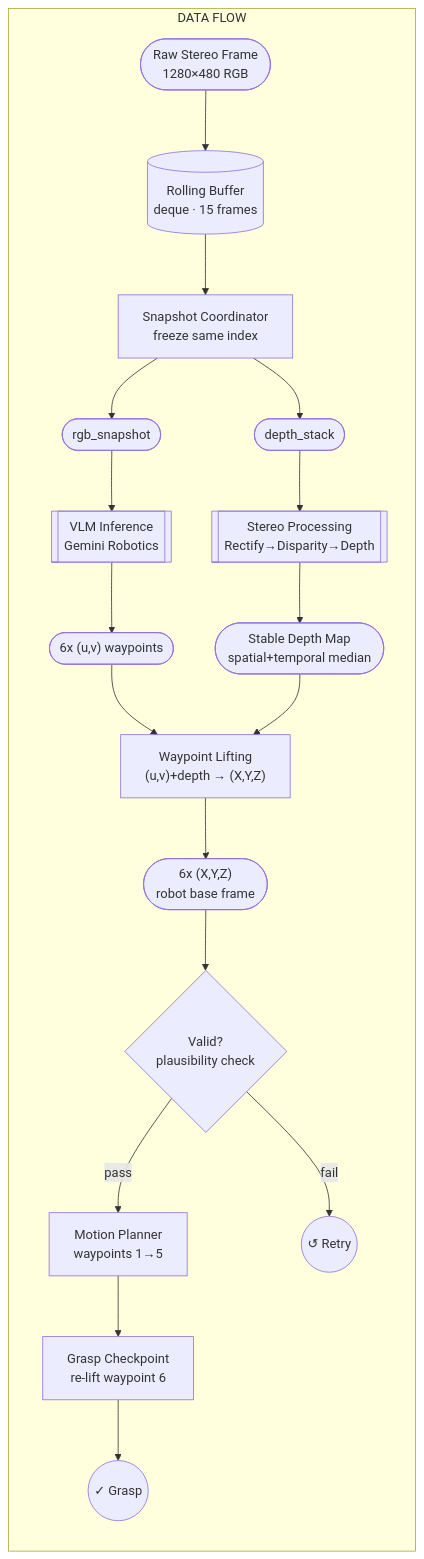
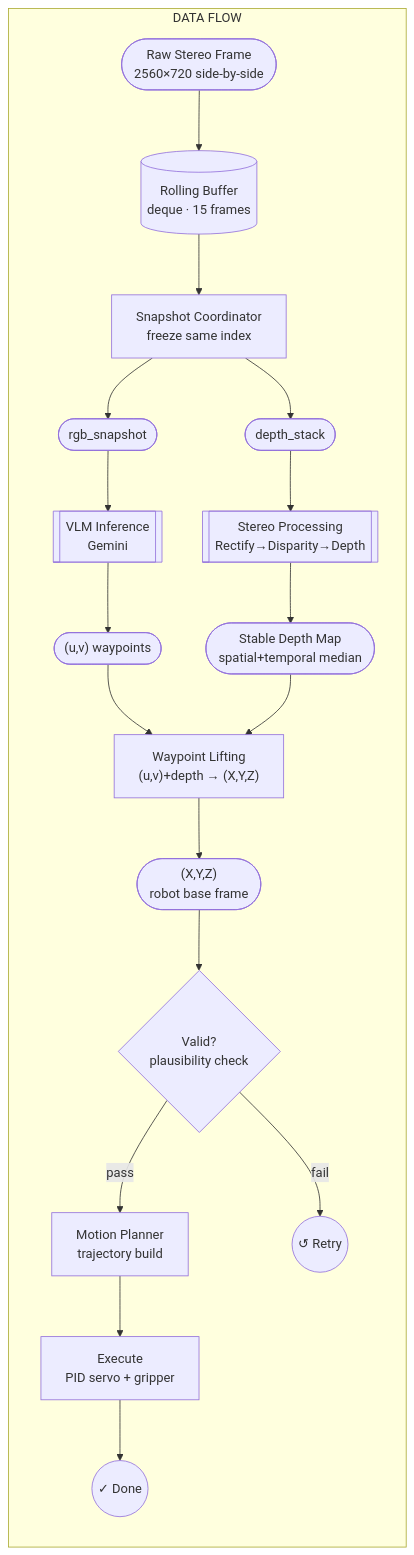
One commit to Haollll/vla_robot changed the diagram in README.md. Above: the diagram before and after it, drawn with Mermaid. The commit also changed other lines of this file, not shown here.

````diff
--- a/README.md
+++ b/README.md
@@ -31,51 +34,51 @@
 ```mermaid
 flowchart TD
   subgraph DF["DATA FLOW"]
       direction TB
 
       A(["Raw Stereo Frame
-        1280×480 RGB"])
+        2560×720 side-by-side"])
       B[("Rolling Buffer
         deque · 15 frames")]
       C["Snapshot Coordinator
         freeze same index"]
-      
+
       D1(["rgb_snapshot"])
       D2(["depth_stack"])
 
       E1[["VLM Inference
-        Gemini Robotics"]]
+        Gemini"]]
       E2[["Stereo Processing
         Rectify→Disparity→Depth"]]
 
-      F1(["6x (u,v) waypoints"])
+      F1(["(u,v) waypoints"])
       F2(["Stable Depth Map
         spatial+temporal median"])
 
       G["Waypoint Lifting
         (u,v)+depth → (X,Y,Z)"]
 
-      H(["6x (X,Y,Z)
+      H(["(X,Y,Z)
         robot base frame"])
 
       I{"Valid?
         plausibility check"}
 
       J["Motion Planner
-        waypoints 1→5"]
-      K["Grasp Checkpoint
-        re-lift waypoint 6"]
+        trajectory build"]
+      K["Execute
+        PID servo + gripper"]
 
-      END(("✓ Grasp"))
+      END(("✓ Done"))
       RETRY(("↺ Retry"))
 
       A --> B --> C
       C --> D1 --> E1 --> F1
       C --> D2 --> E2 --> F2
       F1 --> G
       F2 --> G
       G --> H --> I
       I -->|"pass"| J --> K --> END
       I -->|"fail"| RETRY
   end
 ```
````
